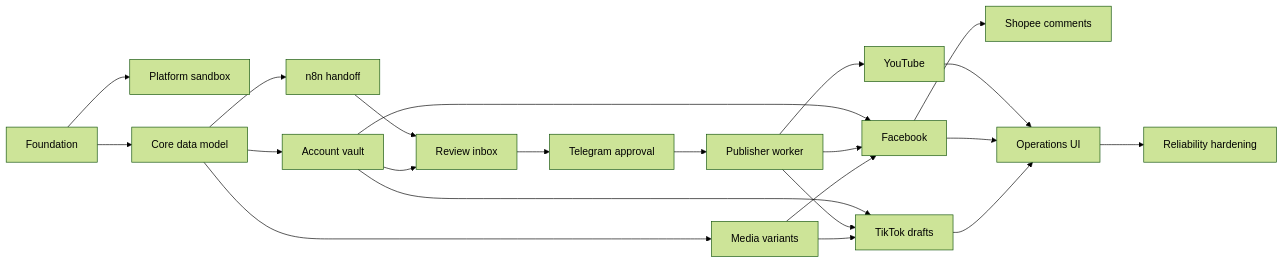
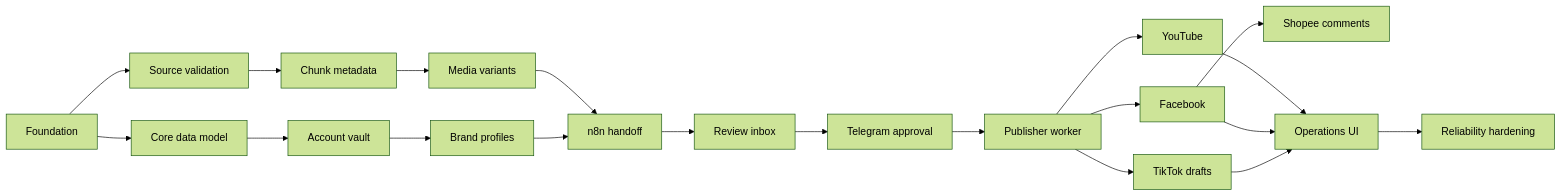
The diagram in features/todo.md (quyen244/free-scheduler), drawn with Mermaid (forest theme) before and after one commit. The commit also changed other lines of this file and 25 other files, not shown here.

````diff
--- a/features/todo.md
+++ b/features/todo.md
@@ -58,24 +76,22 @@
 ```mermaid
 flowchart LR
-    A[Foundation] --> B[Platform sandbox]
-    A --> C[Core data model]
-    C --> D[Account vault]
-    C --> E[n8n handoff]
-    E --> F[Review inbox]
-    D --> F
-    F --> G[Telegram approval]
-    G --> H[Publisher worker]
-    H --> I[YouTube]
-    C --> J[Media variants]
-    D --> K[Facebook]
-    H --> K
-    J --> K
-    D --> L[TikTok drafts]
-    H --> L
-    J --> L
-    K --> M[Shopee comments]
-    N[Operations UI] --> O[Reliability hardening]
-    I --> N
-    K --> N
-    L --> N
+    A[Foundation] --> B[Source validation]
+    B --> C[Chunk metadata]
+    C --> D[Media variants]
+    A --> E[Core data model]
+    E --> F[Account vault]
+    F --> G[Brand profiles]
+    D --> H[n8n handoff]
+    G --> H
+    H --> I[Review inbox]
+    I --> J[Telegram approval]
+    J --> K[Publisher worker]
+    K --> L[YouTube]
+    K --> M[Facebook]
+    K --> N[TikTok drafts]
+    M --> O[Shopee comments]
+    P[Operations UI] --> Q[Reliability hardening]
+    L --> P
+    M --> P
+    N --> P
 ```
````
